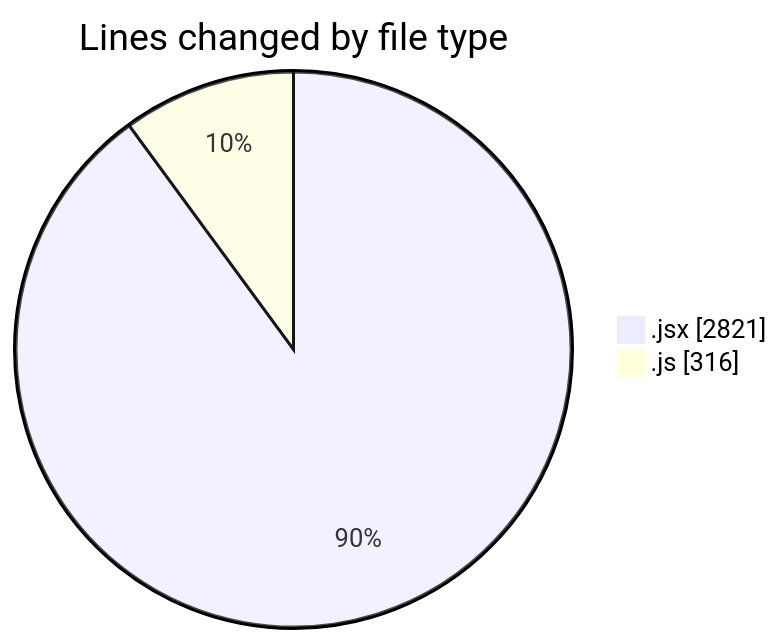
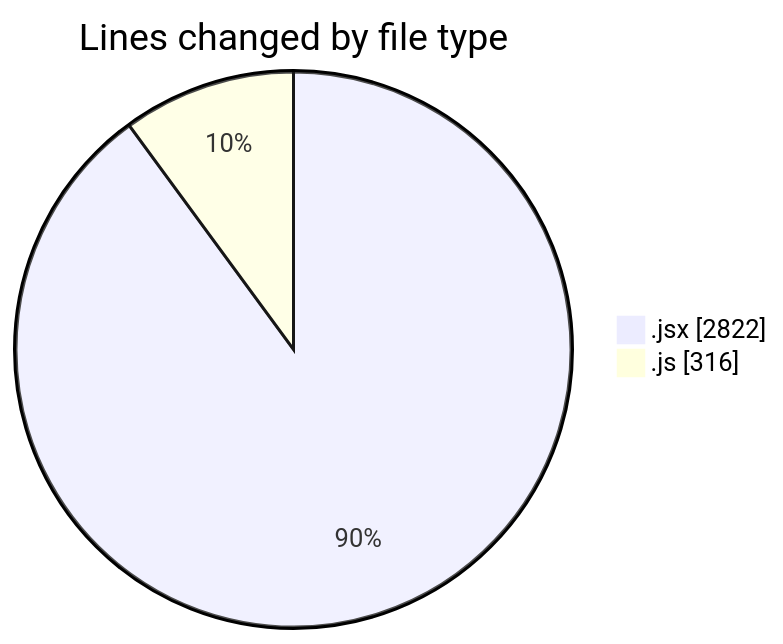
One commit to nxtqubesakshisongat/code-tracking changed the first of 2 diagrams in 2025-07-10/argos/README.md. Above: the diagram before and after it, drawn with Mermaid. The commit also changed other lines of this file and 1 other file, not shown here.

````diff
--- a/2025-07-10/argos/README.md
+++ b/2025-07-10/argos/README.md
@@ -25,6 +25,6 @@
 ```mermaid
 pie showData
 title Lines changed by file type
-".jsx" : 2821
+".jsx" : 2822
 ".js" : 316
 ```
````
